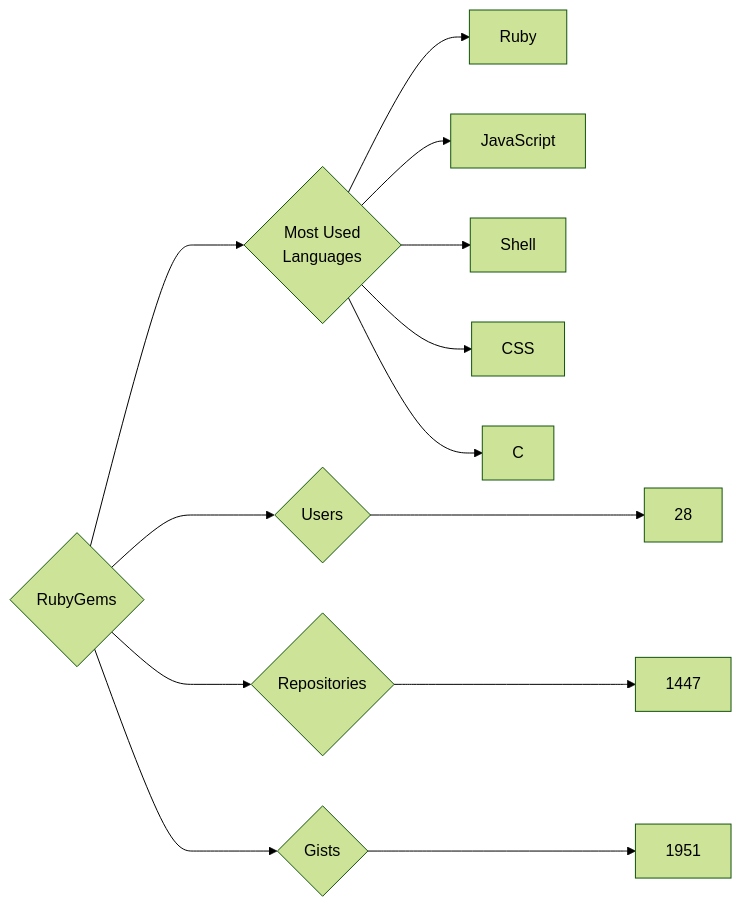
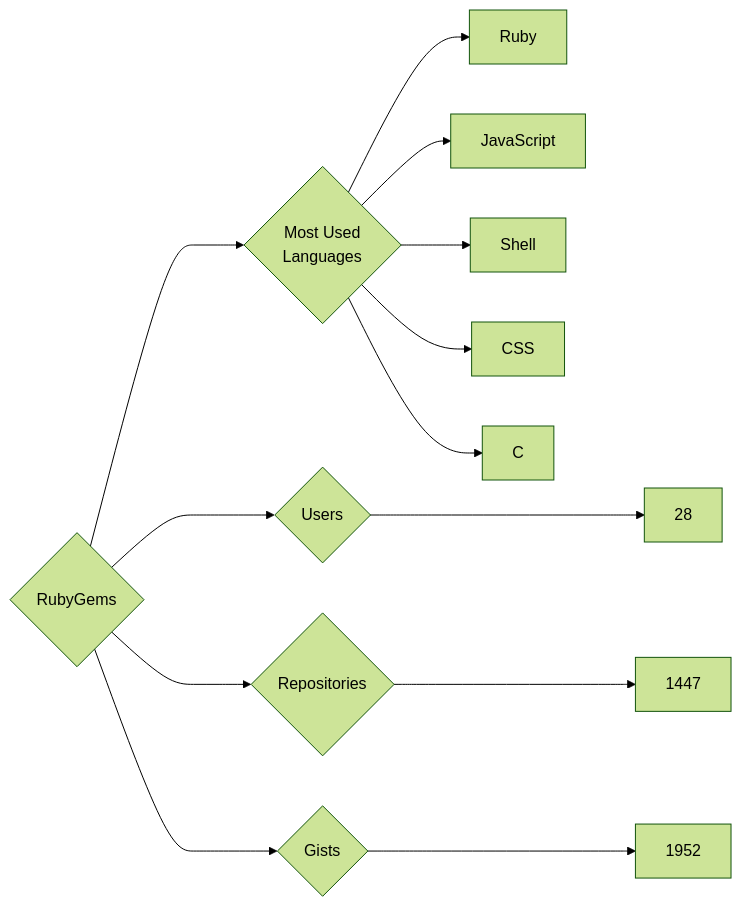
Before and after one commit to trickest/insiders: the diagram in targets/RubyGems/README.md, drawn with Mermaid (forest theme). The commit also changed 928 other files, not shown here.

````diff
--- a/targets/RubyGems/README.md
+++ b/targets/RubyGems/README.md
@@ -3,13 +3,13 @@
 ```mermaid
 graph LR
 COMPANY_NAME{RubyGems}
 COMPANY_NAME ---> U{Users} ---> UN[28]
 COMPANY_NAME ---> R{Repositories} ---> RN[1447]
-COMPANY_NAME ---> G{Gists} ---> GN[1951]
+COMPANY_NAME ---> G{Gists} ---> GN[1952]
 COMPANY_NAME ---> ML{Most Used<br>Languages}
 ML --> Ruby[Ruby]
 ML --> JavaScript[JavaScript]
 ML --> Shell[Shell]
 ML --> CSS[CSS]
 ML --> C[C]
 ```
````
